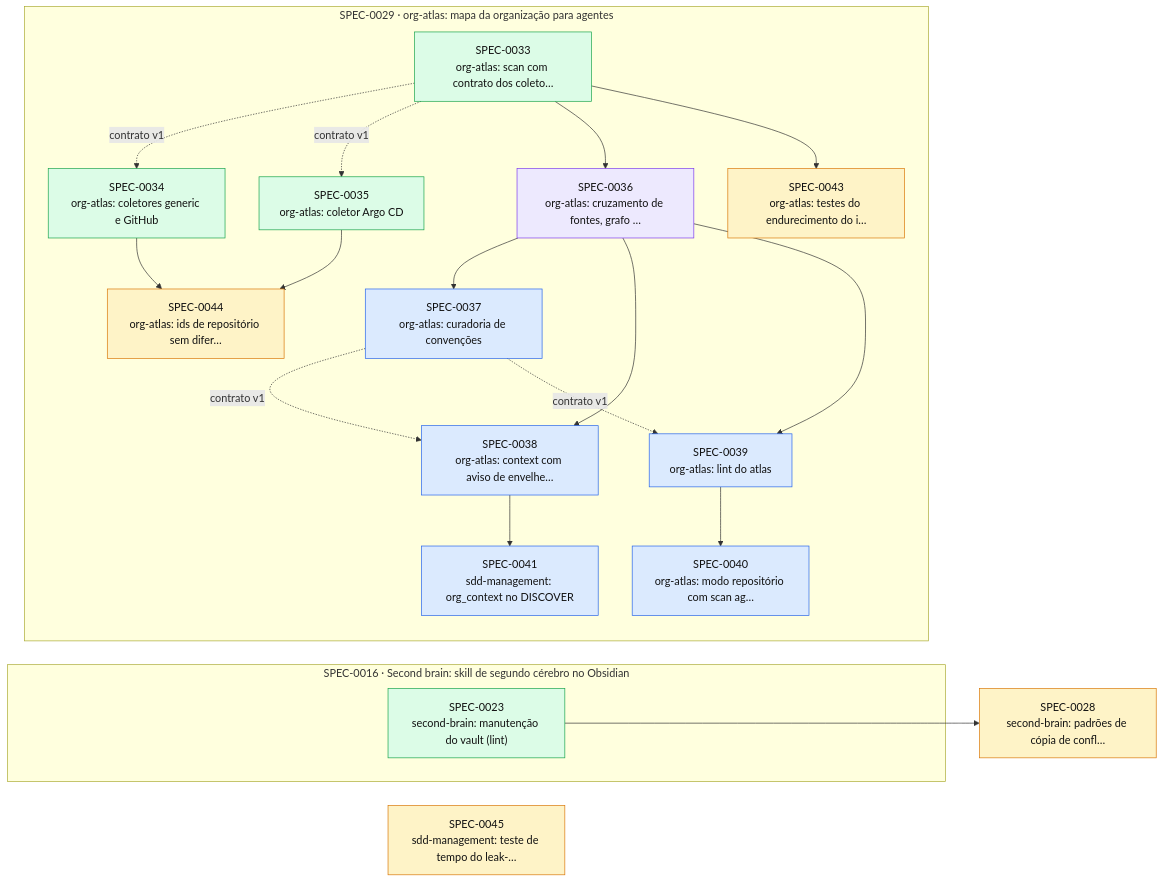
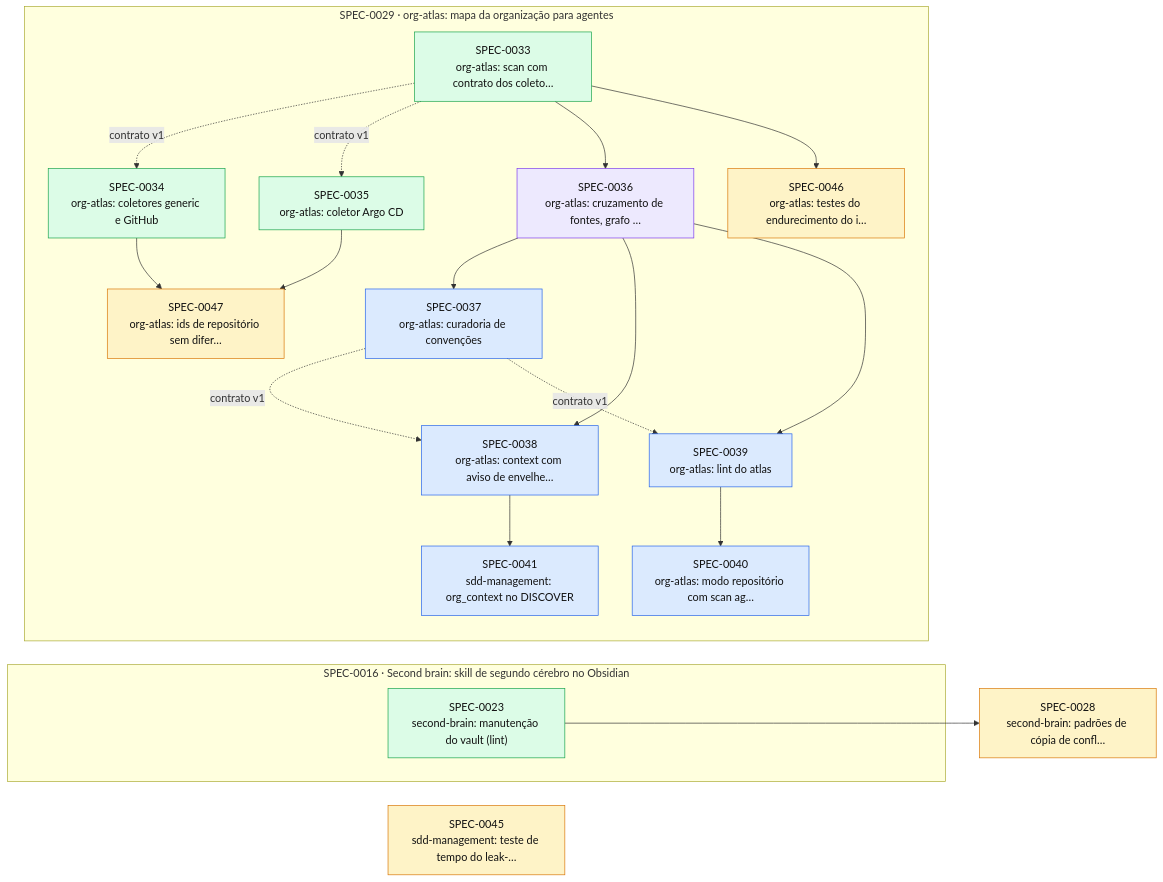
One commit to thomasravache/ai-dev-brain changed the diagram in docs/specs/INDEX.md. Above: the diagram before and after it, drawn with Mermaid. The commit also changed other lines of this file and 7 other files, not shown here.

````diff
--- a/docs/specs/INDEX.md
+++ b/docs/specs/INDEX.md
@@ -57,40 +57,40 @@
 ```mermaid
 flowchart LR
   S0028["SPEC-0028<br/>second-brain: padrões de cópia de confl…"]:::proposed
   S0045["SPEC-0045<br/>sdd-management: teste de tempo do leak-…"]:::proposed
   subgraph E0016["SPEC-0016 · Second brain: skill de segundo cérebro no Obsidian"]
     S0023["SPEC-0023<br/>second-brain: manutenção do vault (lint)"]:::implemented
   end
   subgraph E0029["SPEC-0029 · org-atlas: mapa da organização para agentes"]
     S0033["SPEC-0033<br/>org-atlas: scan com contrato dos coleto…"]:::implemented
     S0034["SPEC-0034<br/>org-atlas: coletores generic e GitHub"]:::implemented
     S0035["SPEC-0035<br/>org-atlas: coletor Argo CD"]:::implemented
     S0036["SPEC-0036<br/>org-atlas: cruzamento de fontes, grafo …"]:::inprogress
     S0037["SPEC-0037<br/>org-atlas: curadoria de convenções"]:::approved
     S0038["SPEC-0038<br/>org-atlas: context com aviso de envelhe…"]:::approved
     S0039["SPEC-0039<br/>org-atlas: lint do atlas"]:::approved
     S0040["SPEC-0040<br/>org-atlas: modo repositório com scan ag…"]:::approved
     S0041["SPEC-0041<br/>sdd-management: org_context no DISCOVER"]:::approved
-    S0043["SPEC-0043<br/>org-atlas: testes do endurecimento do i…"]:::proposed
-    S0044["SPEC-0044<br/>org-atlas: ids de repositório sem difer…"]:::proposed
+    S0046["SPEC-0046<br/>org-atlas: testes do endurecimento do i…"]:::proposed
+    S0047["SPEC-0047<br/>org-atlas: ids de repositório sem difer…"]:::proposed
   end
   S0023 --> S0028
   S0033 -. contrato v1 .-> S0034
   S0033 -. contrato v1 .-> S0035
   S0033 --> S0036
   S0036 --> S0037
   S0036 --> S0038
   S0037 -. contrato v1 .-> S0038
   S0036 --> S0039
   S0037 -. contrato v1 .-> S0039
   S0039 --> S0040
   S0038 --> S0041
-  S0033 --> S0043
-  S0034 --> S0044
-  S0035 --> S0044
+  S0033 --> S0046
+  S0034 --> S0047
+  S0035 --> S0047
   classDef proposed fill:#fef3c7,stroke:#d97706,color:#111
   classDef approved fill:#dbeafe,stroke:#2563eb,color:#111
   classDef inprogress fill:#ede9fe,stroke:#7c3aed,color:#111
   classDef implemented fill:#dcfce7,stroke:#16a34a,color:#111
   classDef deprecated fill:#f3f4f6,stroke:#9ca3af,color:#6b7280
 ```
````
